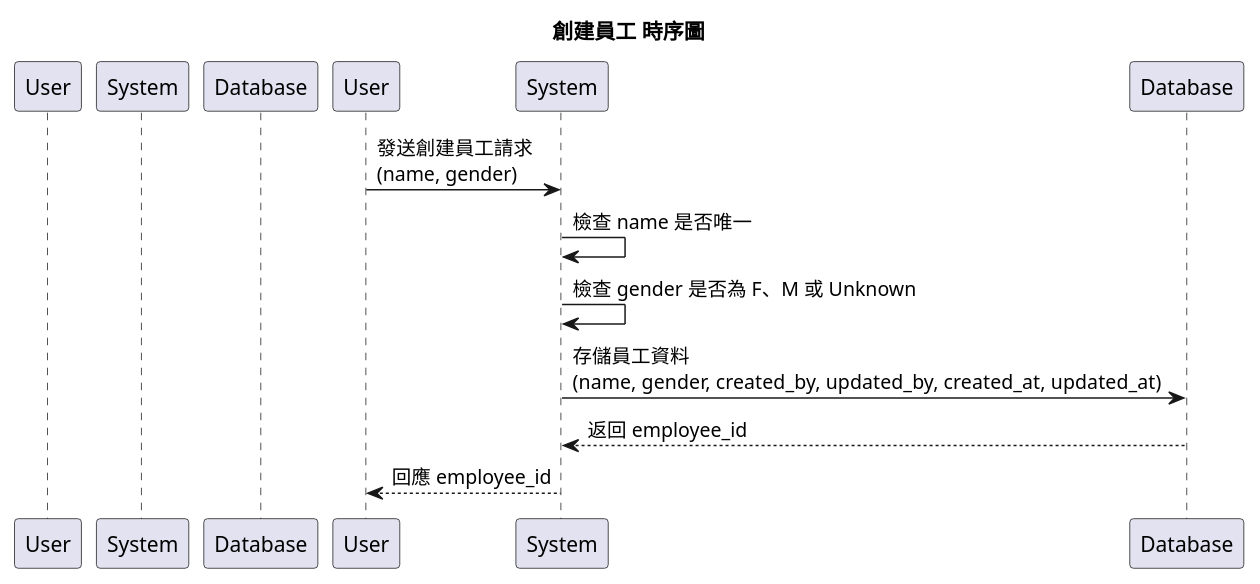
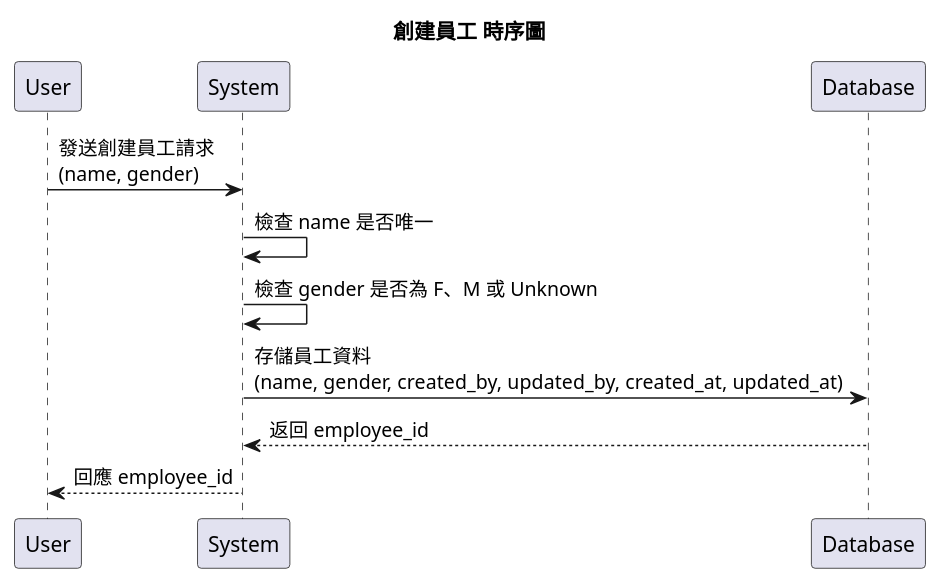
Before and after one commit to fine5351/uml-generator: the diagram in target/create-employee/plantUML/sequence.puml, drawn with PlantUML.

Commit message:
Refactor sequence diagram: Remove unused participant definitions for clarity

```diff
--- a/target/create-employee/plantUML/sequence.puml
+++ b/target/create-employee/plantUML/sequence.puml
@@ -1,15 +1,11 @@
 @startuml
 title 創建員工 時序圖
-
-participant User as 使用者
-participant System as 系統
-participant Database as 資料庫
 
 User -> System: 發送創建員工請求\n(name, gender)
 System -> System: 檢查 name 是否唯一
 System -> System: 檢查 gender 是否為 F、M 或 Unknown
 System -> Database: 存儲員工資料\n(name, gender, created_by, updated_by, created_at, updated_at)
 Database --> System: 返回 employee_id
 System --> User: 回應 employee_id
 
 @enduml
```
